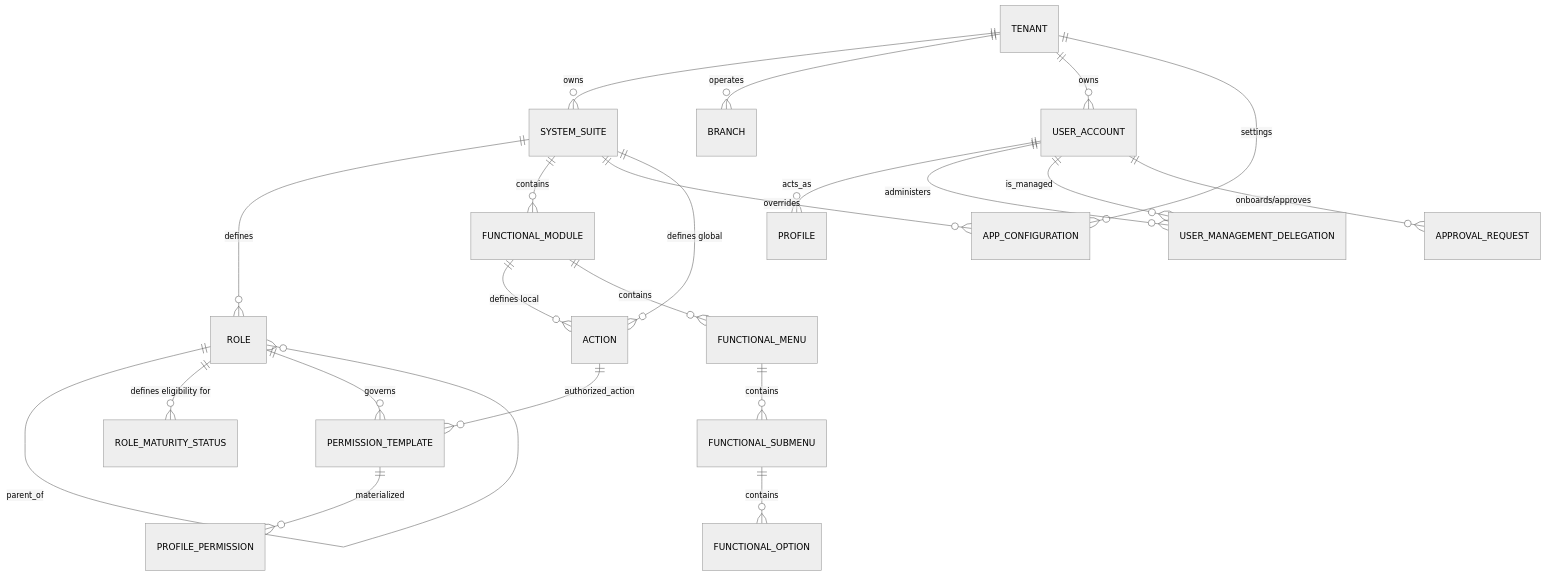
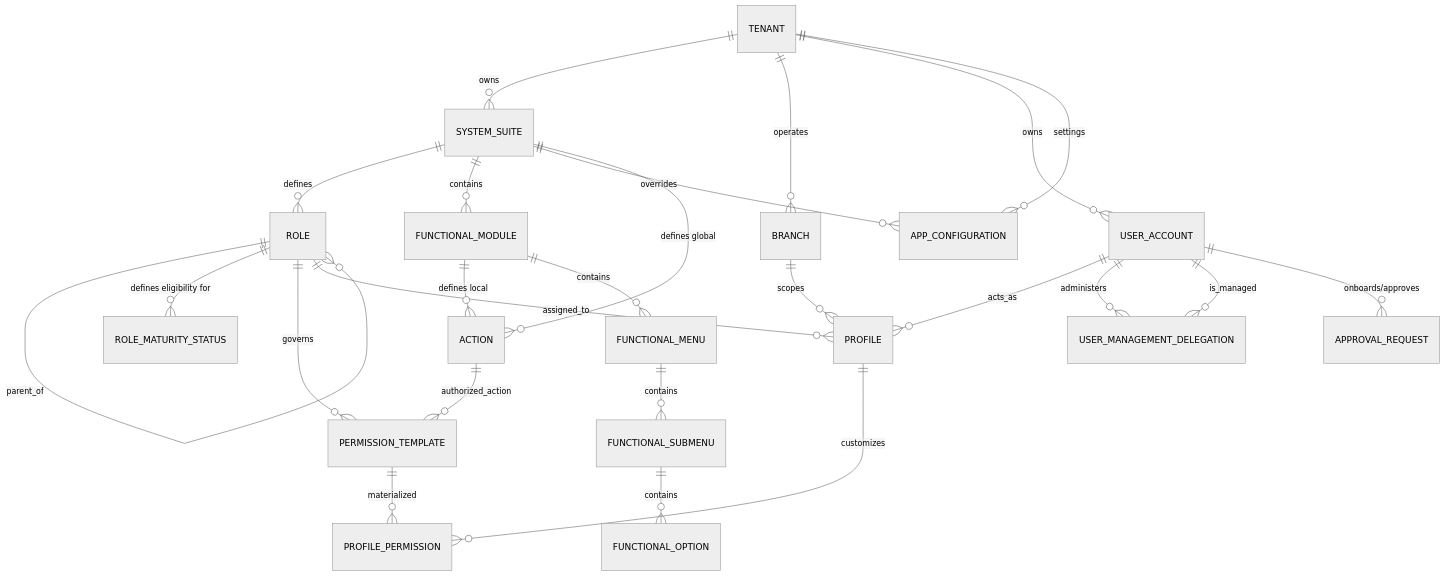
The first of 4 diagrams in docs/architecture/blueprints/database-design-er.md (beyondnetcode/ums), drawn with Mermaid (neutral theme) before and after one commit. The commit also changed other lines of this file and 1 other file, not shown here.

Commit message:
docs: restore missing PROFILE relationships in English and Spanish E/R diagrams

````diff
--- a/docs/architecture/blueprints/database-design-er.md
+++ b/docs/architecture/blueprints/database-design-er.md
@@ -31,31 +31,34 @@
 ```mermaid
 erDiagram
     TENANT ||--o{ SYSTEM_SUITE : "owns"
     TENANT ||--o{ BRANCH : "operates"
     TENANT ||--o{ USER_ACCOUNT : "owns"
     SYSTEM_SUITE ||--o{ ROLE : "defines"
     SYSTEM_SUITE ||--o{ FUNCTIONAL_MODULE : "contains"
     
     ROLE ||--o{ ROLE : "parent_of"
     ROLE ||--o{ ROLE_MATURITY_STATUS : "defines eligibility for"
     
     TENANT ||--o{ APP_CONFIGURATION : "settings"
     SYSTEM_SUITE ||--o{ APP_CONFIGURATION : "overrides"
     
     ROLE ||--o{ PERMISSION_TEMPLATE : "governs"
     PERMISSION_TEMPLATE ||--o{ PROFILE_PERMISSION : "materialized"
     
     USER_ACCOUNT ||--o{ PROFILE : "acts_as"
+    ROLE ||--o{ PROFILE : "assigned_to"
+    BRANCH ||--o{ PROFILE : "scopes"
+    PROFILE ||--o{ PROFILE_PERMISSION : "customizes"
     USER_ACCOUNT ||--o{ USER_MANAGEMENT_DELEGATION : "administers"
     USER_ACCOUNT ||--o{ USER_MANAGEMENT_DELEGATION : "is_managed"
     USER_ACCOUNT ||--o{ APPROVAL_REQUEST : "onboards/approves"
     
     SYSTEM_SUITE ||--o{ ACTION : "defines global"
     FUNCTIONAL_MODULE ||--o{ ACTION : "defines local"
     
     FUNCTIONAL_MODULE ||--o{ FUNCTIONAL_MENU : "contains"
     FUNCTIONAL_MENU ||--o{ FUNCTIONAL_SUBMENU : "contains"
     FUNCTIONAL_SUBMENU ||--o{ FUNCTIONAL_OPTION : "contains"
     
     ACTION ||--o{ PERMISSION_TEMPLATE : "authorized_action"
 ```
````
